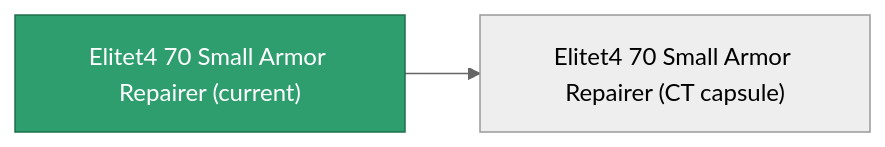
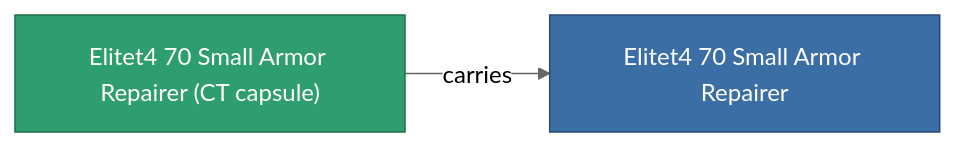
The diagram in content/content/items/elitet4_70_small_armor_repairer.md (OpenPerpetuum/Wiki), drawn with Mermaid (neutral theme) before and after one commit. The commit also changed other lines of this file and 2015 other files, not shown here.

````diff
--- a/content/content/items/elitet4_70_small_armor_repairer.md
+++ b/content/content/items/elitet4_70_small_armor_repairer.md
@@ -36,8 +36,9 @@
 ```mermaid
 graph LR
-    a["Elitet4 70 Small Armor Repairer (current)"]:::current
-    b["Elitet4 70 Small Armor Repairer (CT capsule)"]
-    a --> b
-    click b "/content/items/elitet4-70-small-armor-repairer-ct-capsule/" "Elitet4 70 Small Armor Repairer (CT capsule)"
+    a["Elitet4 70 Small Armor Repairer (CT capsule)"]:::current
+    b["Elitet4 70 Small Armor Repairer"]:::finished
+    a -->|carries| b
+                click b "/content/items/elitet4-70-small-armor-repairer/" "Elitet4 70 Small Armor Repairer"
     classDef current fill:#2f9e6f,stroke:#1f6f4a,color:#ffffff
+    classDef finished fill:#3b6ea5,stroke:#274a75,color:#ffffff
 ```
````
